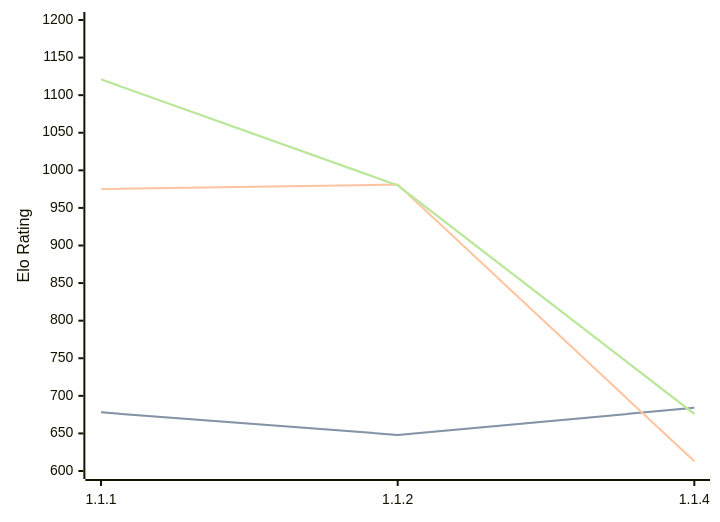
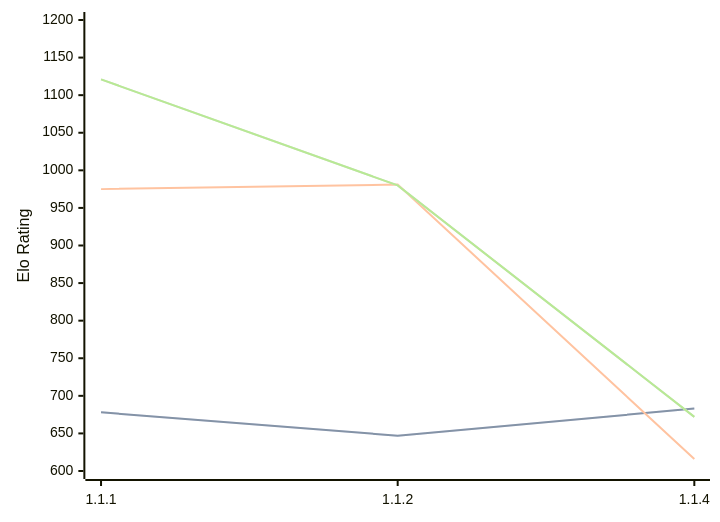
One commit to computer-chess-index/cci changed the third of 3 diagrams in engines/ChessCore.md. Above: the diagram before and after it, drawn with Mermaid. The commit also changed other lines of this file, not shown here.

Commit message:
Update CCI Ratings (ELO VLTC) - 2026-06-19

````diff
--- a/engines/ChessCore.md
+++ b/engines/ChessCore.md
@@ -68,11 +68,11 @@
 ```mermaid
 %%{init: {"theme":"base","themeVariables":{"seriesColors:['#a3a3a3','#222221','#faa371']}}}%%
 xychart-beta
   x-axis ["1.1.1", "1.1.2", "1.1.4"]
   y-axis "Elo Rating" 600 --> 1200
-  line "STC (8.0+0.08s)" [678, 648, 684]
-  line "STC (8.0+0.08s)" [678, 648, 684]
-  line "LTC (60.0+0.60s)" [975, 981, 613]
-  line "VLTC (2m24s+1.12s)" [1121, 980, 676]
-  line "VLTC (2m24s+1.12s)" [1121, 980, 676]
+  line "STC (8.0+0.08s)" [678, 647, 683]
+  line "STC (8.0+0.08s)" [678, 647, 683]
+  line "LTC (60.0+0.60s)" [975, 981, 616]
+  line "VLTC (2m24s+1.12s)" [1121, 980, 672]
+  line "VLTC (2m24s+1.12s)" [1121, 980, 672]
 ```
````
